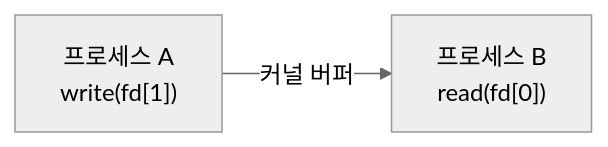
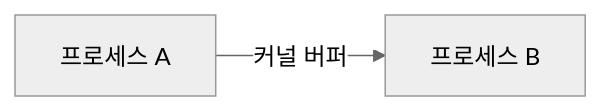
The first of 2 diagrams in content/linux/process-isolation/ipc-mechanisms.md (moonblueblue/devops-wiki), drawn with Mermaid (neutral theme) before and after one commit. The commit also changed other lines of this file and 37 other files, not shown here.

First line of the commit message:
style: linux 카테고리 ASCII 도표·Mermaid 라벨 형식 교정

````diff
--- a/content/linux/process-isolation/ipc-mechanisms.md
+++ b/content/linux/process-isolation/ipc-mechanisms.md
@@ -61,4 +61,4 @@
 ```mermaid
 graph LR
-    A["프로세스 A\nwrite(fd[1])"] -->|커널 버퍼| B["프로세스 B\nread(fd[0])"]
+    A["프로세스 A"] -->|커널 버퍼| B["프로세스 B"]
 ```
````
